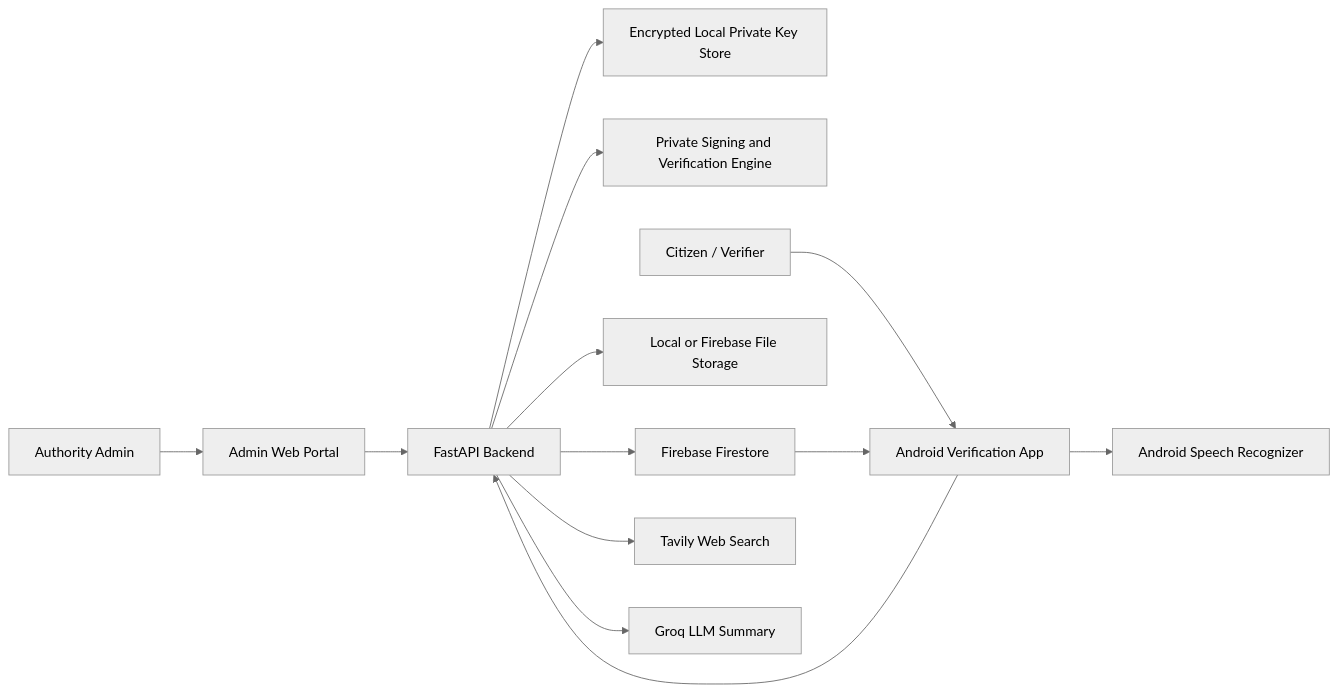
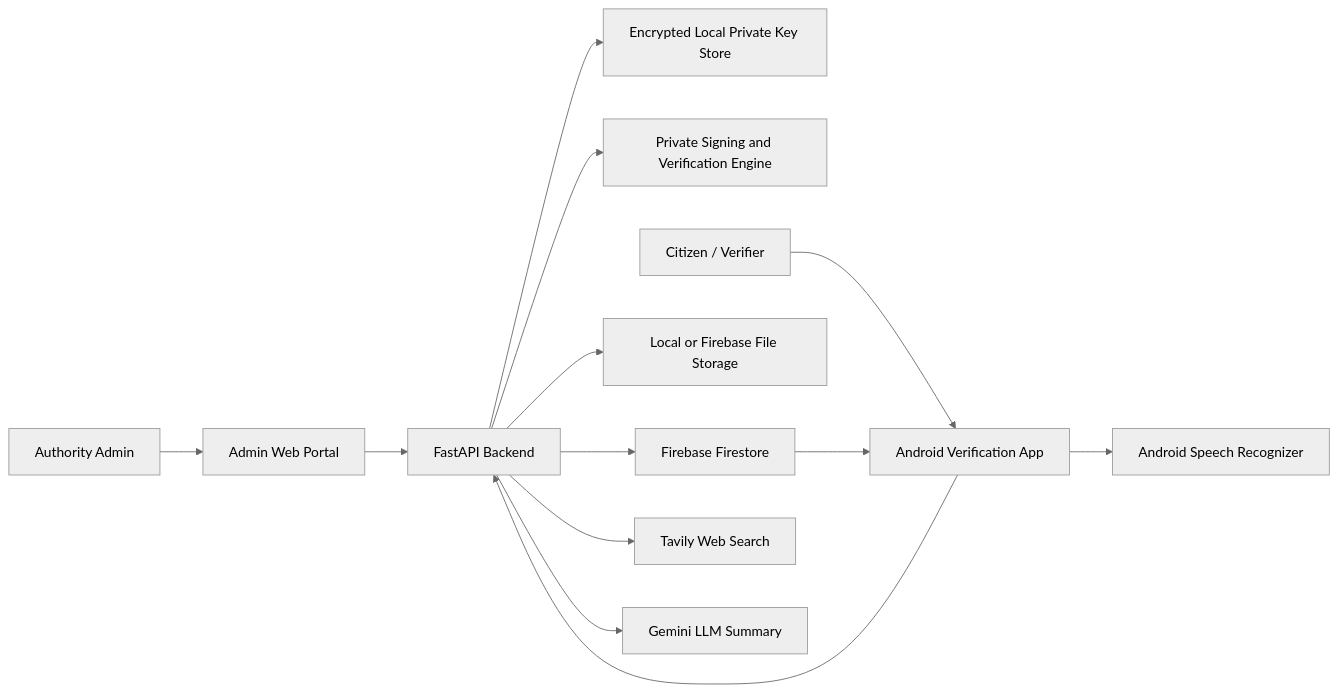
The first of 4 diagrams in README.md (Hiteshacu/Digital_Trust_Shield-Team-HAHAHA...-), drawn with Mermaid (neutral theme) before and after one commit. The commit also changed other lines of this file, not shown here.

````diff
--- a/README.md
+++ b/README.md
@@ -32,19 +32,19 @@
 ```mermaid
 flowchart LR
     Admin["Authority Admin"] --> Portal["Admin Web Portal"]
     Portal --> API["FastAPI Backend"]
 
     API --> KeyStore["Encrypted Local Private Key Store"]
     API --> Core["Private Signing and Verification Engine"]
     API --> Firestore["Firebase Firestore"]
     API --> LocalStorage["Local or Firebase File Storage"]
 
     User["Citizen / Verifier"] --> Android["Android Verification App"]
     Android --> API
     Android --> Speech["Android Speech Recognizer"]
 
     API --> Tavily["Tavily Web Search"]
-    API --> Groq["Groq LLM Summary"]
+    API --> Gemini["Gemini LLM Summary"]
 
     Firestore --> Android
 ```
````
